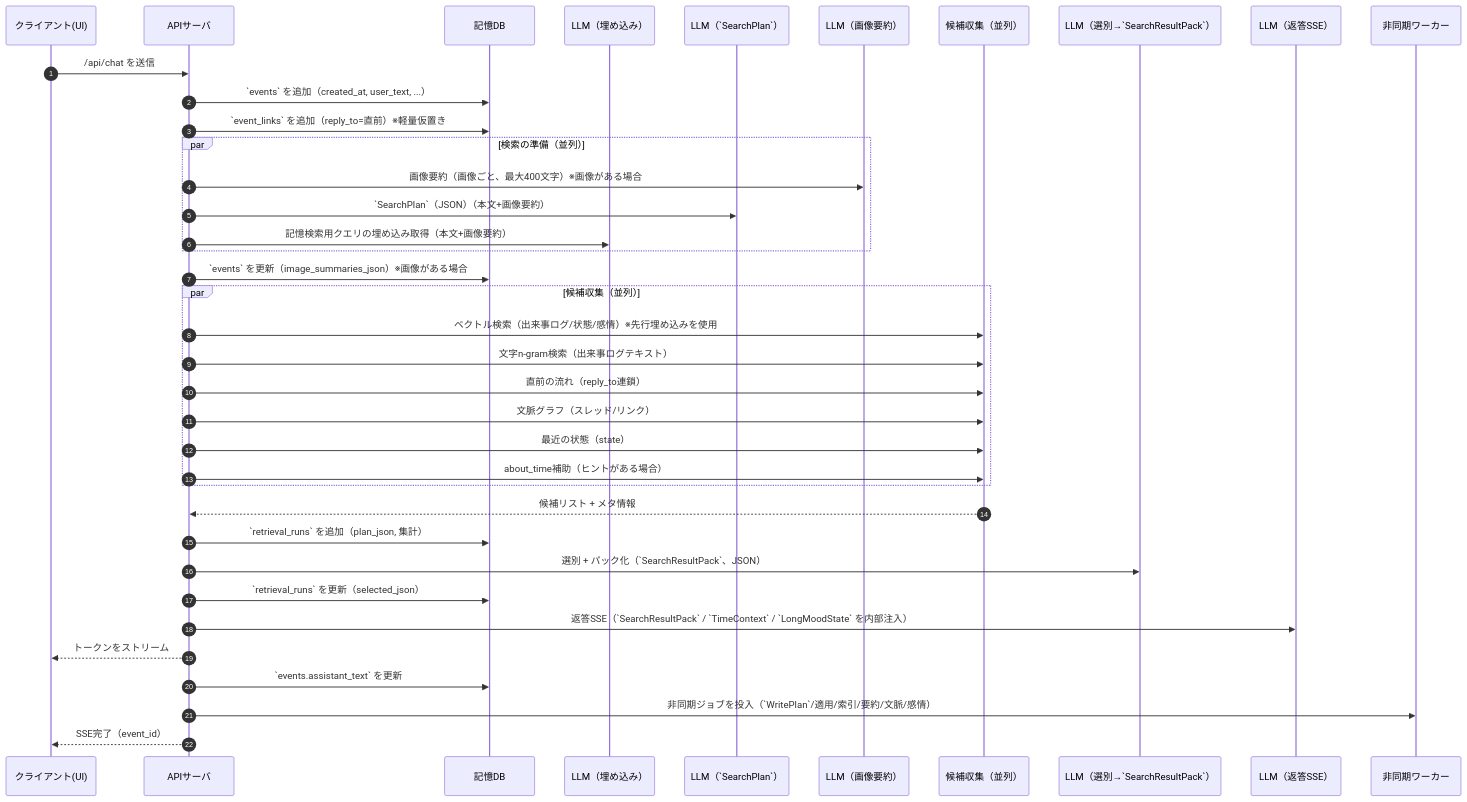
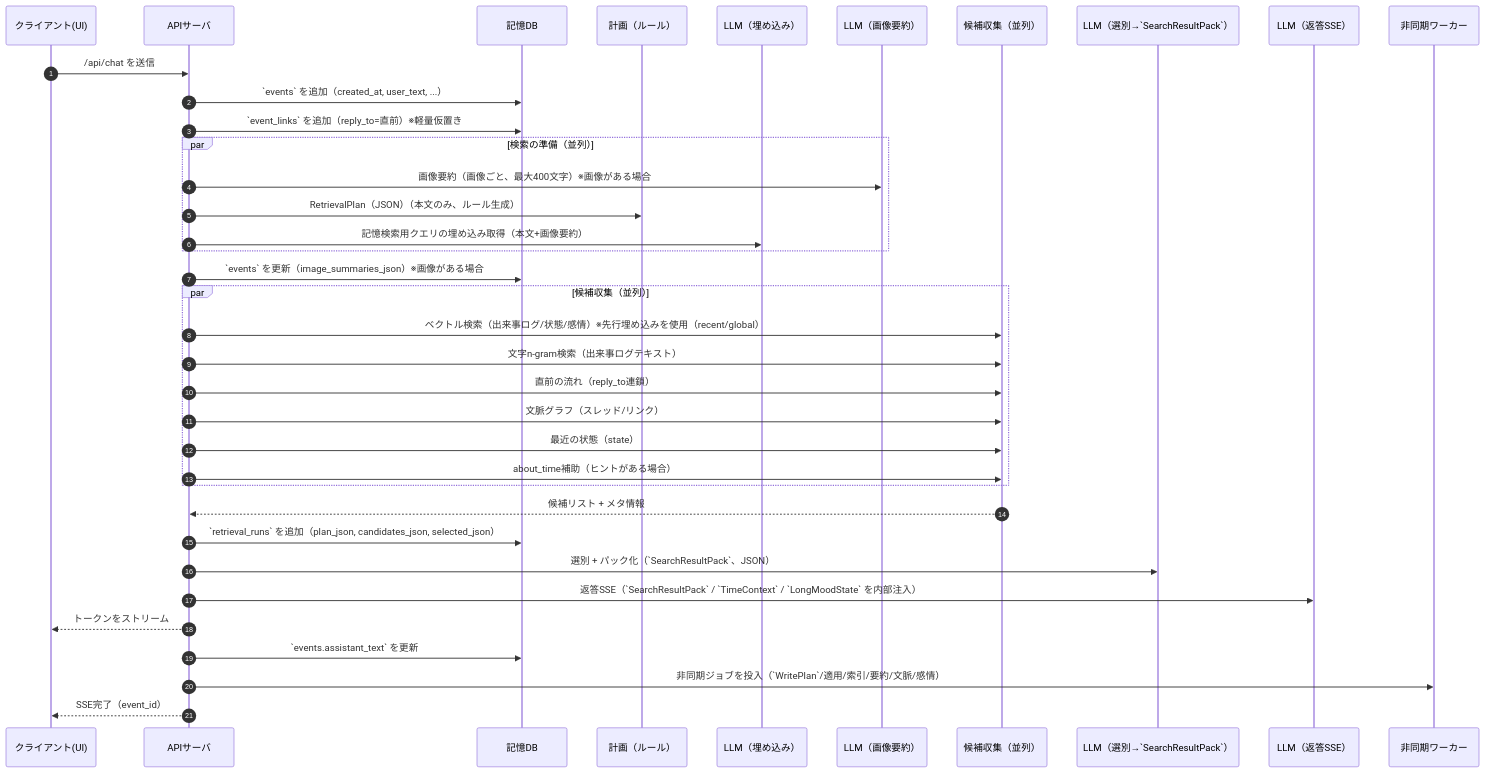
One commit to hirona98/CocoroGhost changed the diagram in docs/10_実行フロー.md. Above: the diagram before and after it, drawn with Mermaid. The commit also changed other lines of this file and 11 other files, not shown here.

````diff
--- a/docs/10_実行フロー.md
+++ b/docs/10_実行フロー.md
@@ -20,41 +20,40 @@
 ```mermaid
 sequenceDiagram
 	  autonumber
 	  participant UI as クライアント(UI)
 	  participant API as APIサーバ
 	  participant DB as 記憶DB
+	  participant P as 計画（ルール）
 	  participant L0 as LLM（埋め込み）
-	  participant L1 as LLM（`SearchPlan`）
 	  participant Limg as LLM（画像要約）
 	  participant G as 候補収集（並列）
 	  participant L2 as LLM（選別→`SearchResultPack`）
 	  participant L3 as LLM（返答SSE）
 	  participant W as 非同期ワーカー
 
 	  UI->>API: /api/chat を送信
 	  API->>DB: `events` を追加（created_at, user_text, ...）
 	  API->>DB: `event_links` を追加（reply_to=直前）※軽量仮置き
 	  par 検索の準備（並列）
 	    API->>Limg: 画像要約（画像ごと、最大400文字）※画像がある場合
-	    API->>L1: `SearchPlan`（JSON）（本文+画像要約）
+	    API->>P: RetrievalPlan（JSON）（本文のみ、ルール生成）
 	    API->>L0: 記憶検索用クエリの埋め込み取得（本文+画像要約）
 	  end
 	  API->>DB: `events` を更新（image_summaries_json）※画像がある場合
 	  par 候補収集（並列）
-	    API->>G: ベクトル検索（出来事ログ/状態/感情）※先行埋め込みを使用
+	    API->>G: ベクトル検索（出来事ログ/状態/感情）※先行埋め込みを使用（recent/global）
 	    API->>G: 文字n-gram検索（出来事ログテキスト）
 	    API->>G: 直前の流れ（reply_to連鎖）
 	    API->>G: 文脈グラフ（スレッド/リンク）
 	    API->>G: 最近の状態（state）
 	    API->>G: about_time補助（ヒントがある場合）
 	  end
   G-->>API: 候補リスト + メタ情報
-  API->>DB: `retrieval_runs` を追加（plan_json, 集計）
+  API->>DB: `retrieval_runs` を追加（plan_json, candidates_json, selected_json）
 	  API->>L2: 選別 + パック化（`SearchResultPack`、JSON）
-	  API->>DB: `retrieval_runs` を更新（selected_json）
 	  API->>L3: 返答SSE（`SearchResultPack` / `TimeContext` / `LongMoodState` を内部注入）
 	  API-->>UI: トークンをストリーム
 	  API->>DB: `events.assistant_text` を更新
 	  API->>W: 非同期ジョブを投入（`WritePlan`/適用/索引/要約/文脈/感情）
 	  API-->>UI: SSE完了（event_id）
 ```
````
